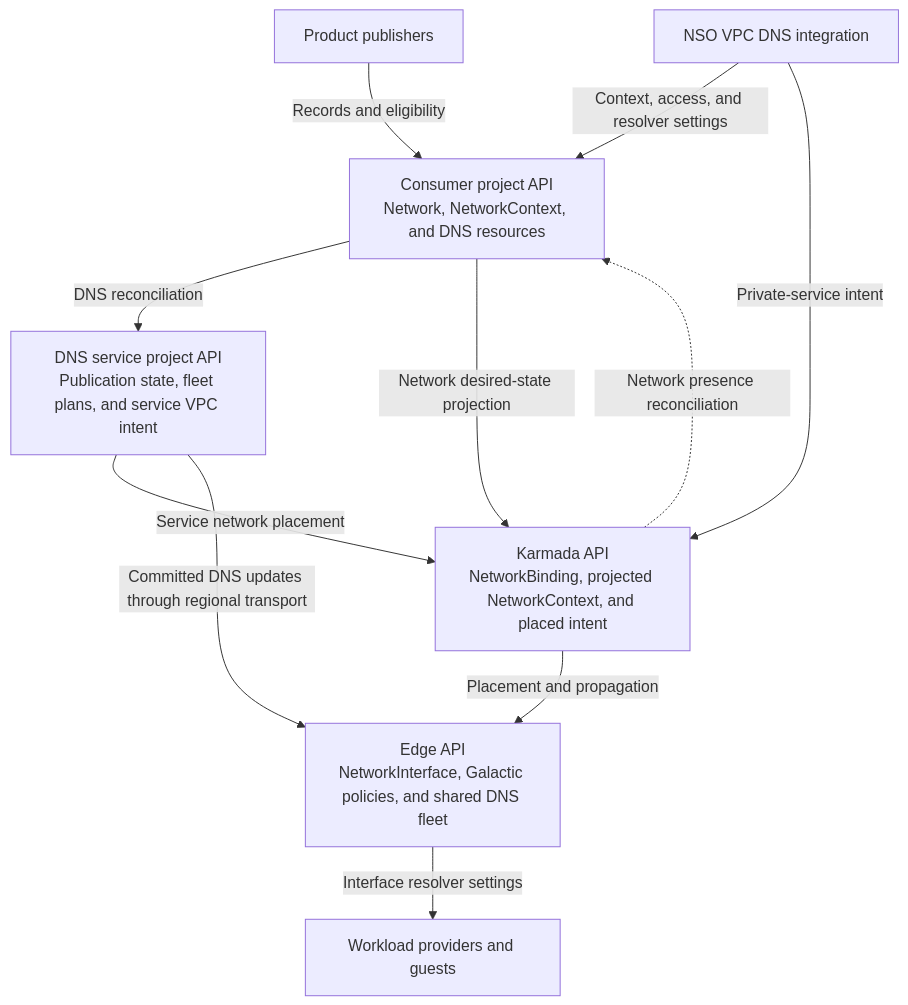
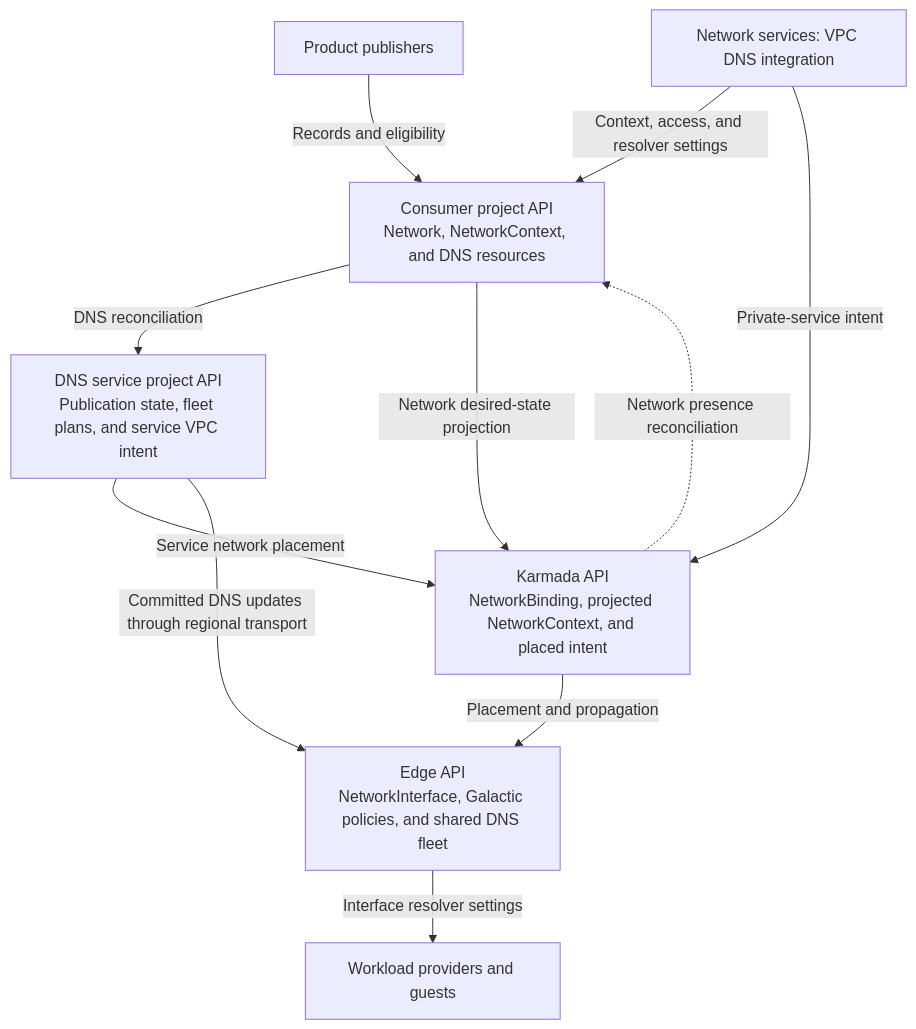
One commit to datum-cloud/network-services-operator changed the first of 2 diagrams in docs/enhancements/internal-dns/README.md. Above: the diagram before and after it, drawn with Mermaid. The commit also changed other lines of this file, not shown here.

First line of the commit message:
docs: Use network services product terminology

````diff
--- a/docs/enhancements/internal-dns/README.md
+++ b/docs/enhancements/internal-dns/README.md
@@ -83,17 +83,17 @@
 ```mermaid
 flowchart TB
   Products[Product publishers] -->|Records and eligibility| P
-  NSO[NSO VPC DNS integration] -->|Context, access, and resolver settings| P
+  NetworkServices[Network services: VPC DNS integration] -->|Context, access, and resolver settings| P
   P["Consumer project API<br/>Network, NetworkContext, and DNS resources"]
   D["DNS service project API<br/>Publication state, fleet plans, and service VPC intent"]
   K["Karmada API<br/>NetworkBinding, projected NetworkContext, and placed intent"]
   E["Edge API<br/>NetworkInterface, Galactic policies, and shared DNS fleet"]
   P -->|DNS reconciliation| D
   P -->|Network desired-state projection| K
   K -.->|Network presence reconciliation| P
-  NSO -->|Private-service intent| K
+  NetworkServices -->|Private-service intent| K
   D -->|Service network placement| K
   K -->|Placement and propagation| E
   D -->|Committed DNS updates through regional transport| E
   E -->|Interface resolver settings| Providers[Workload providers and guests]
 ```
````
